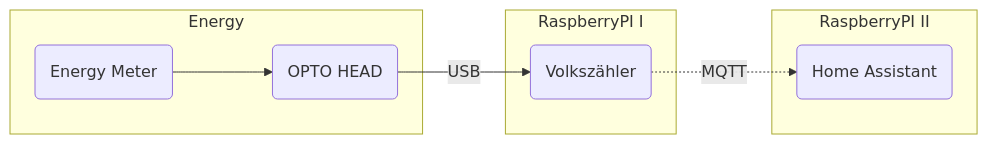
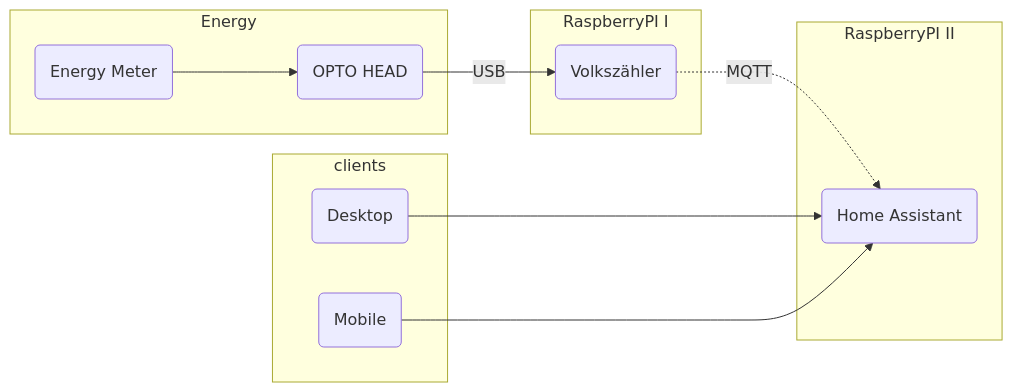
Before and after one commit to rangulvers/smart_meter_setup: the diagram in README.md, drawn with Mermaid.

````diff
--- a/README.md
+++ b/README.md
@@ -10,14 +10,18 @@
 ```mermaid
 
 flowchart LR
         subgraph Energy
         A(Energy Meter) ---> B(OPTO HEAD)        
         end
         subgraph RaspberryPI I
         B --USB--> C(Volkszähler)
         end
         subgraph RaspberryPI II
         C -.MQTT.-> D(Home Assistant)
         end
+        subgraph clients
+        E(Desktop) ---> D(Home Assistant)
+        F(Mobile) ---> D(Home Assistant)
+        end
         
 ```
````
